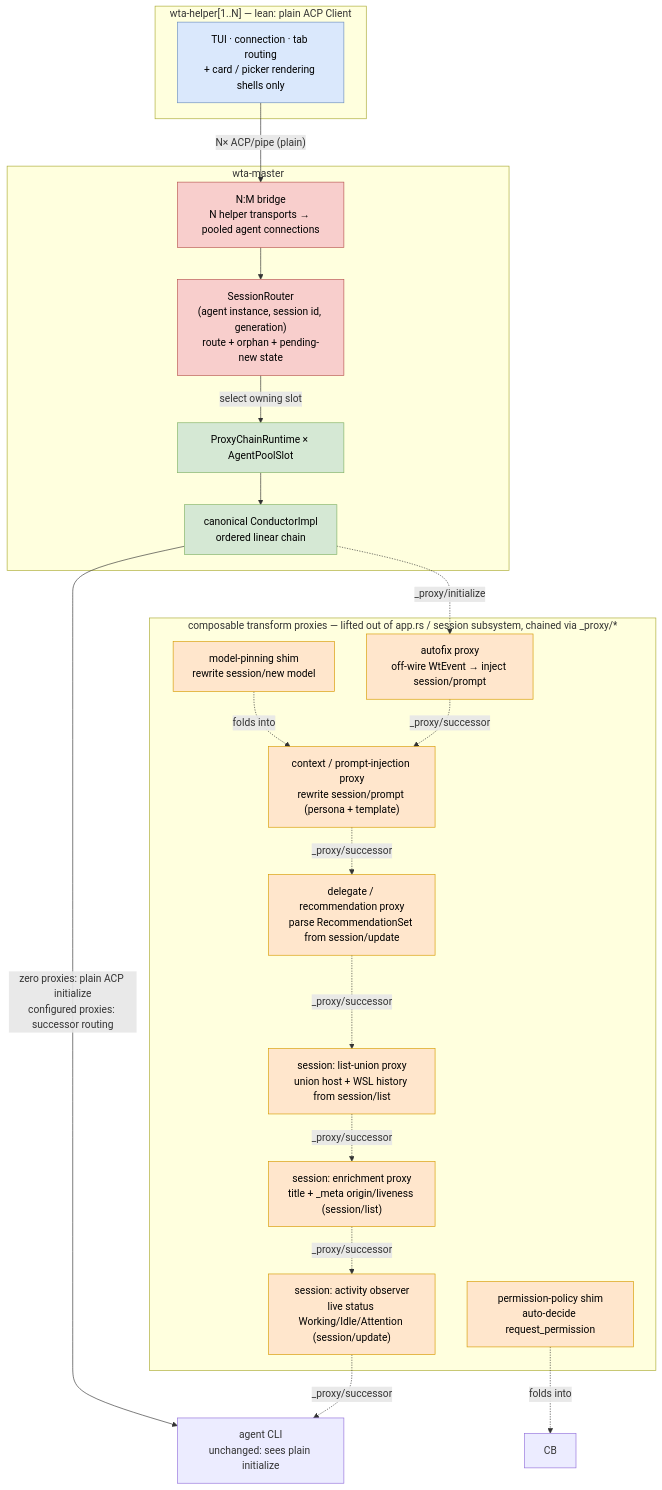
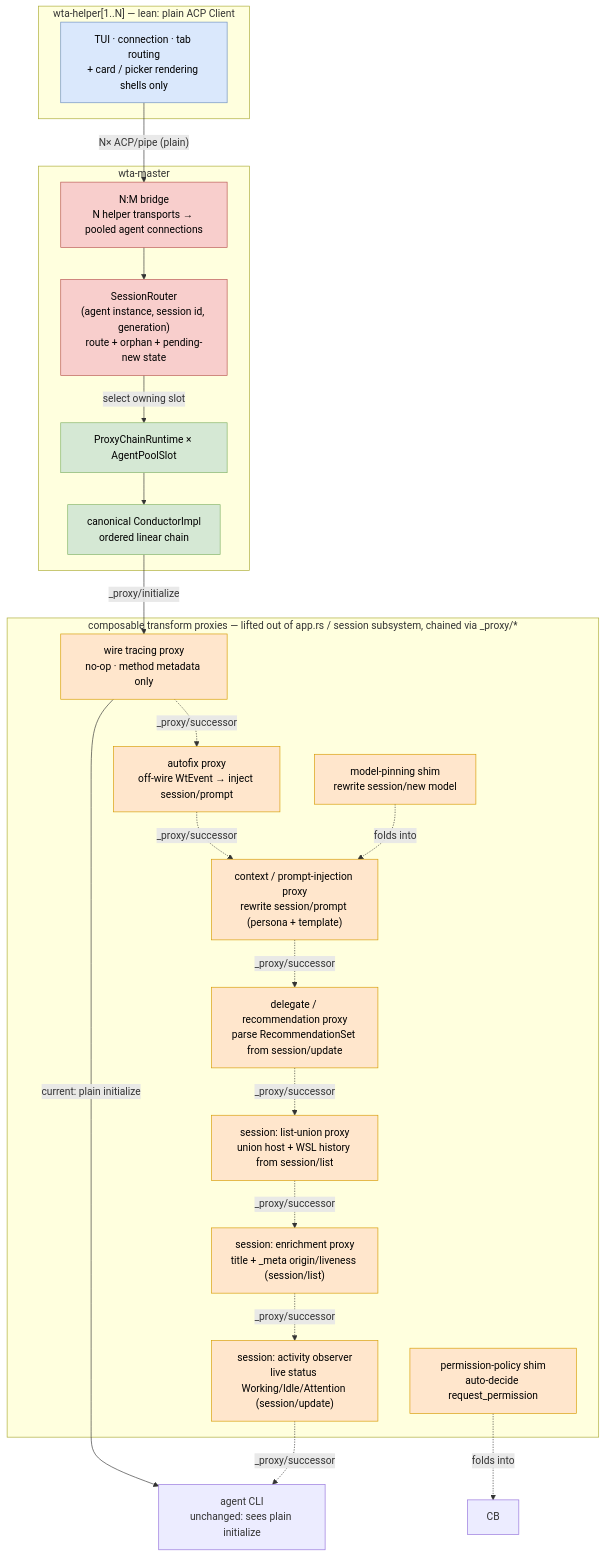
The second of 5 diagrams in doc/specs/acp-1.0-conductor-migration.md (microsoft/intelligent-terminal), drawn with Mermaid before and after one commit. The commit also changed other lines of this file and 3 other files, not shown here.

First line of the commit message:
Add ACP tracing proxy

````diff
--- a/doc/specs/acp-1.0-conductor-migration.md
+++ b/doc/specs/acp-1.0-conductor-migration.md
@@ -192,50 +192,52 @@
 ```mermaid
 flowchart TB
     subgraph helper["wta-helper[1..N] — lean: plain ACP Client"]
         PLUMB["TUI · connection · tab routing<br/>+ card / picker rendering shells only"]
     end
 
     subgraph proxies["composable transform proxies — lifted out of app.rs / session subsystem, chained via _proxy/*"]
+        TRACE["wire tracing proxy<br/>no-op · method metadata only"]
         AFX["autofix proxy<br/>off-wire WtEvent → inject session/prompt"]
         CTX["context / prompt-injection proxy<br/>rewrite session/prompt (persona + template)"]
         REC["delegate / recommendation proxy<br/>parse RecommendationSet from session/update"]
         SLU["session: list-union proxy<br/>union host + WSL history from session/list"]
         SLE["session: enrichment proxy<br/>title + _meta origin/liveness (session/list)"]
         SLA["session: activity observer<br/>live status Working/Idle/Attention (session/update)"]
         MOD["model-pinning shim<br/>rewrite session/new model"]
         PERM["permission-policy shim<br/>auto-decide request_permission"]
     end
 
     subgraph master["wta-master"]
         SC["SessionRouter<br/>(agent instance, session id, generation)<br/>route + orphan + pending-new state"]
         BR["N:M bridge<br/>N helper transports → pooled agent connections"]
         PCR["ProxyChainRuntime × AgentPoolSlot"]
         C["canonical ConductorImpl<br/>ordered linear chain"]
     end
 
     CLI["agent CLI<br/>unchanged: sees plain initialize"]
 
     PLUMB -->|"N× ACP/pipe (plain)"| BR
     BR --> SC
     SC -->|"select owning slot"| PCR
     PCR --> C
-    C -.->|"_proxy/initialize"| AFX
+    C -->|"_proxy/initialize"| TRACE
+    TRACE -->|"current: plain initialize"| CLI
+    TRACE -.->|"_proxy/successor"| AFX
     AFX -.->|"_proxy/successor"| CTX
     CTX -.->|"_proxy/successor"| REC
     REC -.->|"_proxy/successor"| SLU
     SLU -.->|"_proxy/successor"| SLE
     SLE -.->|"_proxy/successor"| SLA
     SLA -.->|"_proxy/successor"| CLI
-    C -->|"zero proxies: plain ACP initialize<br/>configured proxies: successor routing"| CLI
     MOD -.->|"folds into"| CTX
     PERM -.->|"folds into"| CB
 
     classDef proxyable fill:#ffe6cc,stroke:#d79b00,color:#000;
     classDef plumbing fill:#dae8fc,stroke:#6c8ebf,color:#000;
     classDef library fill:#d5e8d4,stroke:#82b366,color:#000;
     classDef handrolled fill:#f8cecc,stroke:#b85450,color:#000;
-    class AFX,CTX,REC,SLU,SLE,SLA,MOD,PERM proxyable;
+    class TRACE,AFX,CTX,REC,SLU,SLE,SLA,MOD,PERM proxyable;
     class PLUMB plumbing;
     class C,PCR library;
     class SC,BR handrolled;
 ```
````
